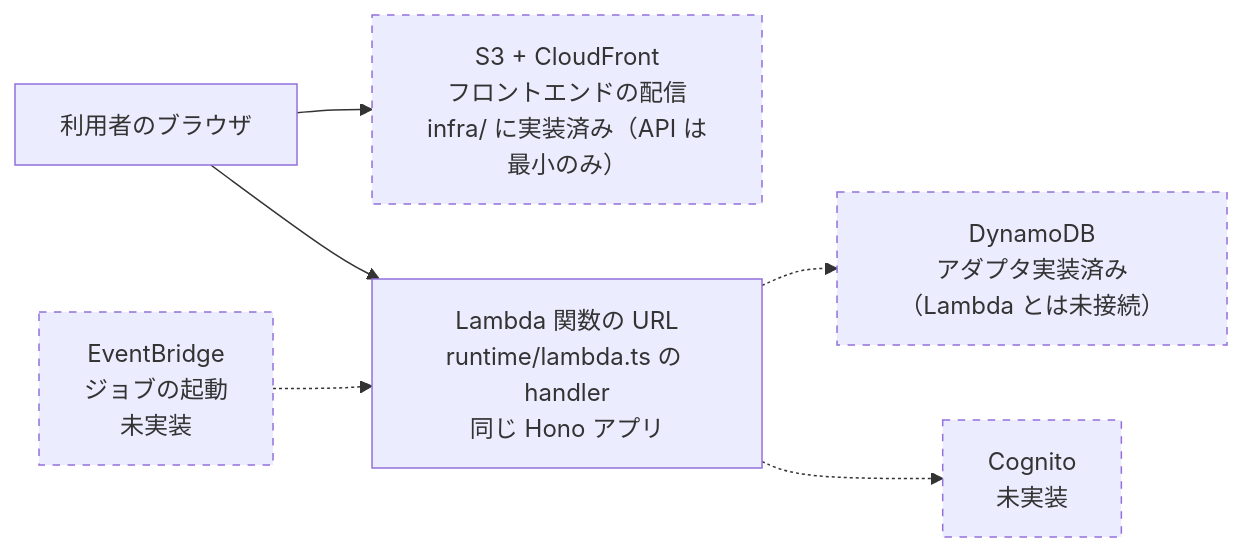
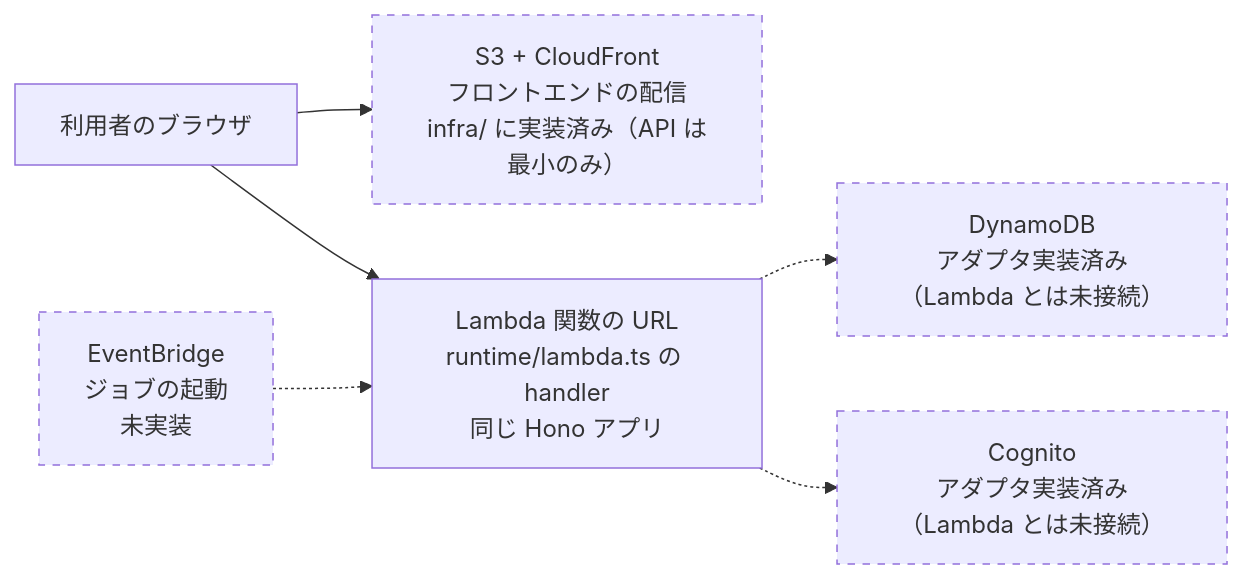
Before and after one commit to NS-APU/smart-farm-monitoring: the tenth of 46 diagrams in docs/10_design/architecture/as-built.md, drawn with Mermaid. The commit also changed other lines of this file and 15 other files, not shown here.

````diff
--- a/docs/10_design/architecture/as-built.md
+++ b/docs/10_design/architecture/as-built.md
@@ -1011,18 +1011,18 @@
 ```mermaid
 flowchart LR
   USER["利用者のブラウザ"]
   HOST["S3 + CloudFront<br>フロントエンドの配信<br>infra/ に実装済み（API は最小のみ）"]
   LAM["Lambda 関数の URL<br>runtime/lambda.ts の handler<br>同じ Hono アプリ"]
   EB["EventBridge<br>ジョブの起動<br>未実装"]
   DDB["DynamoDB<br>アダプタ実装済み（Lambda とは未接続）"]
-  COG["Cognito<br>未実装"]
+  COG["Cognito<br>アダプタ実装済み（Lambda とは未接続）"]
 
   USER --> HOST
   USER --> LAM
   EB -.-> LAM
   LAM -.-> DDB
   LAM -.-> COG
 
   classDef todo stroke-dasharray: 5 5
   class HOST,EB,DDB,COG todo
 ```
````
